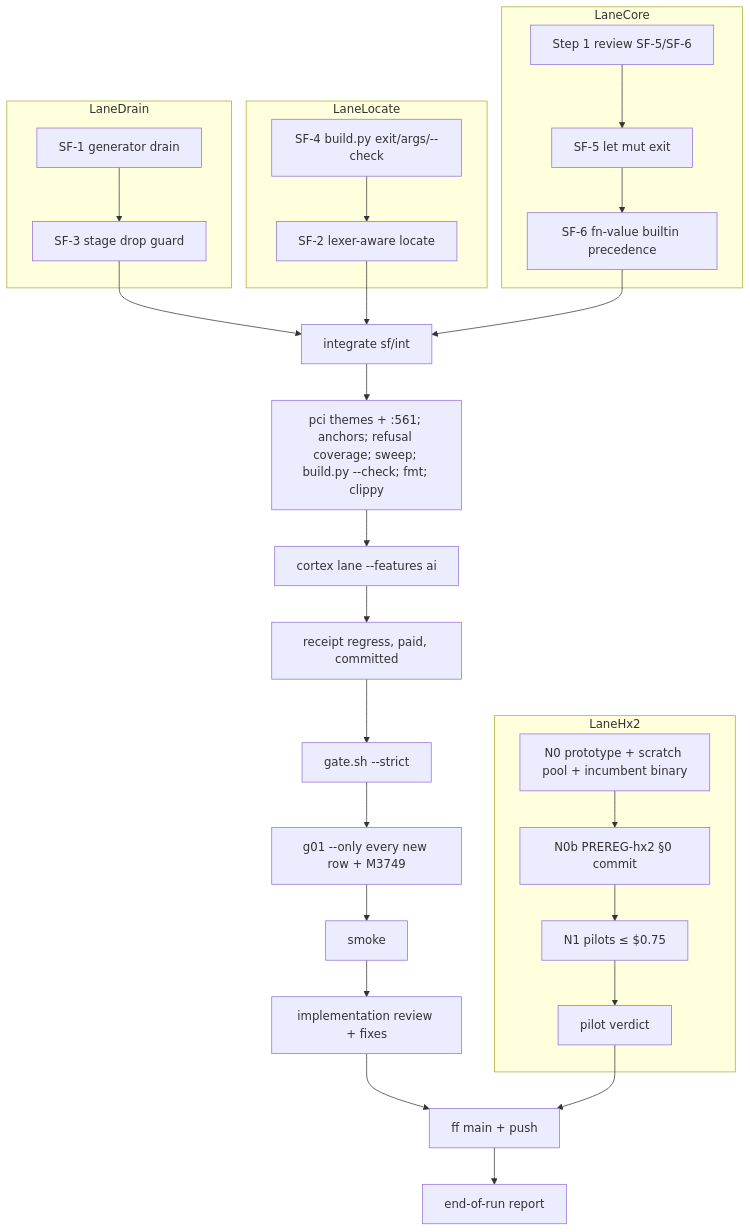
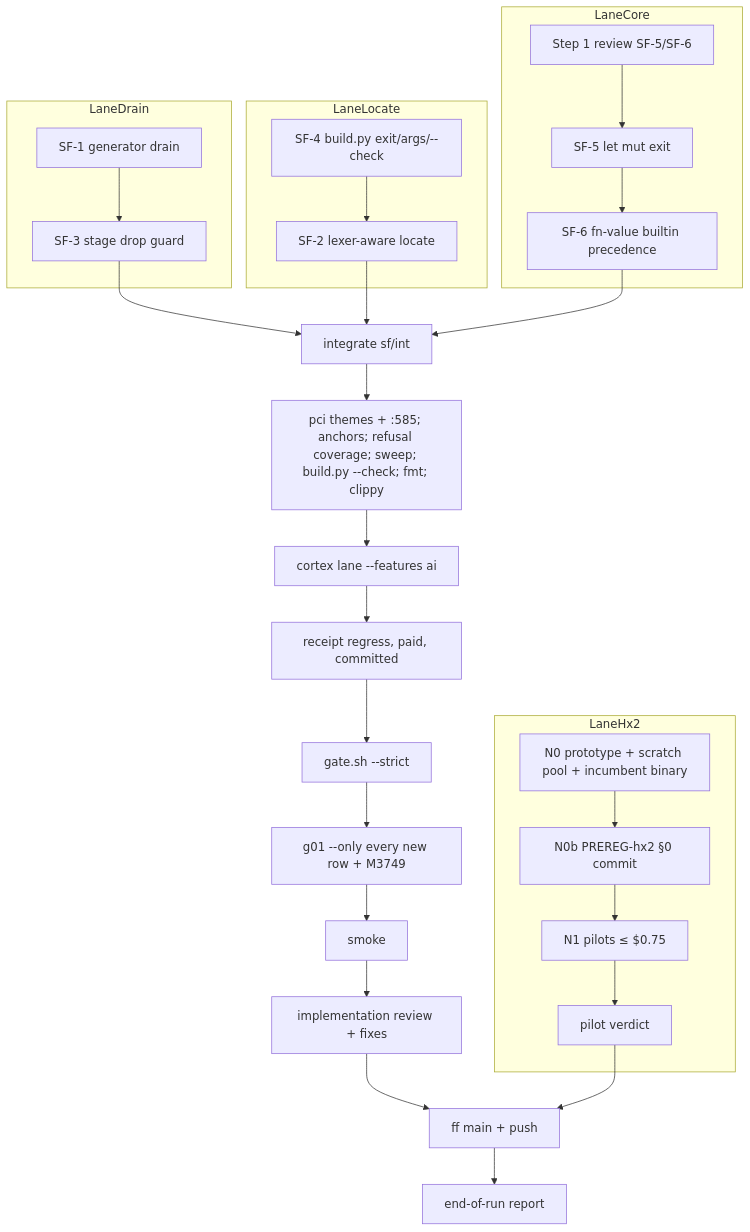
Before and after one commit to Cklaus1/axon: the diagram in tasks/build-loop-small-fixes.md, drawn with Mermaid. The commit also changed other lines of this file and 3 other files, not shown here.

````diff
--- a/tasks/build-loop-small-fixes.md
+++ b/tasks/build-loop-small-fixes.md
@@ -48,28 +48,28 @@
 ```mermaid
 graph TD
   subgraph LaneDrain
     SF1[SF-1 generator drain] --> SF3[SF-3 stage drop guard]
   end
   subgraph LaneLocate
     SF4[SF-4 build.py exit/args/--check] --> SF2[SF-2 lexer-aware locate]
   end
   subgraph LaneCore
     R1[Step 1 review SF-5/SF-6] --> SF5[SF-5 let mut exit] --> SF6[SF-6 fn-value builtin precedence]
   end
   subgraph LaneHx2
     N0[N0 prototype + scratch pool + incumbent binary] --> N0b[N0b PREREG-hx2 §0 commit] --> N1[N1 pilots ≤ $0.75] --> V[pilot verdict]
   end
   SF3 --> INT[integrate sf/int]
   SF2 --> INT
   SF6 --> INT
-  INT --> PCI[pci themes + :561; anchors; refusal coverage; sweep; build.py --check; fmt; clippy]
+  INT --> PCI[pci themes + :585; anchors; refusal coverage; sweep; build.py --check; fmt; clippy]
   PCI --> CORTEX[cortex lane --features ai]
   CORTEX --> RCPT[receipt regress, paid, committed]
   RCPT --> GATE[gate.sh --strict]
   GATE --> G01[g01 --only every new row + M3749]
   G01 --> SMOKE[smoke]
   SMOKE --> REV[implementation review + fixes]
   REV --> SHIP[ff main + push]
   V --> SHIP
   SHIP --> END[end-of-run report]
 ```
````
